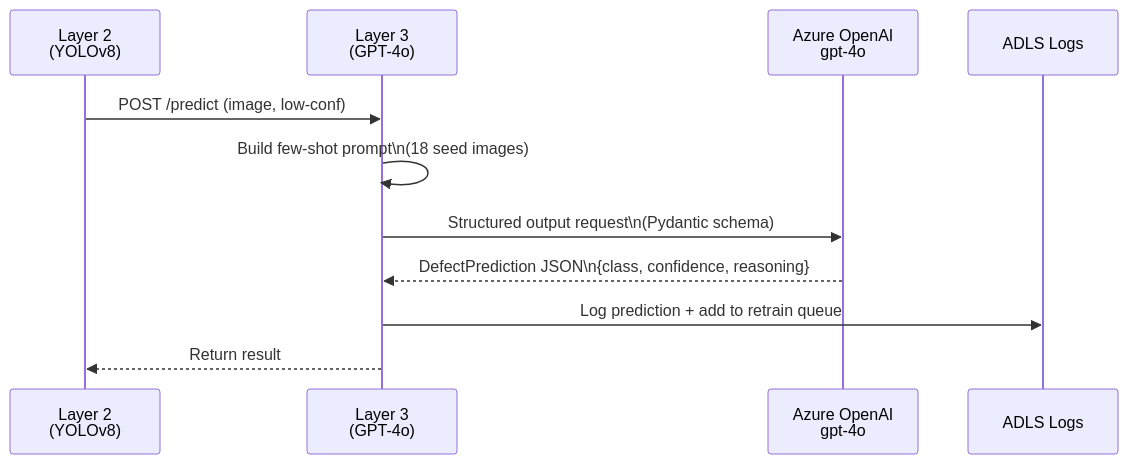
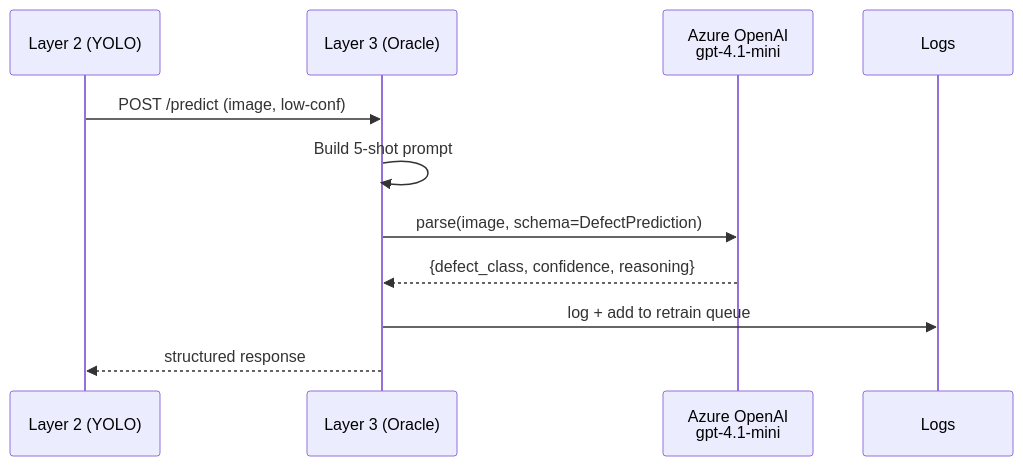
The third of 4 diagrams in website/architecture.qmd (j-jayes/Scratching-the-Surface), drawn with Mermaid before and after one commit. The commit also changed other lines of this file and 73 other files, not shown here.

First line of the commit message:
Phase J + K: PatchCore L1, production YOLO, cost-calibrated cascade, cached Oracle, narrative website

````diff
--- a/website/architecture.qmd
+++ b/website/architecture.qmd
@@ -85,16 +111,16 @@
 ```{mermaid}
 %%| label: fig-layer3
-%%| fig-cap: "Layer 3: GPT-4o few-shot classification"
+%%| fig-cap: "Layer 3: Azure OpenAI vision with structured outputs"
 sequenceDiagram
-    participant L2 as Layer 2<br/>(YOLOv8)
-    participant L3 as Layer 3<br/>(GPT-4o)
-    participant AZ as Azure OpenAI<br/>gpt-4o
-    participant DB as ADLS Logs
+    participant L2 as Layer 2 (YOLO)
+    participant L3 as Layer 3 (Oracle)
+    participant AZ as Azure OpenAI<br/>gpt-4.1-mini
+    participant DB as Logs
 
     L2->>L3: POST /predict (image, low-conf)
-    L3->>L3: Build few-shot prompt\n(18 seed images)
-    L3->>AZ: Structured output request\n(Pydantic schema)
-    AZ-->>L3: DefectPrediction JSON\n{class, confidence, reasoning}
-    L3->>DB: Log prediction + add to retrain queue
-    L3-->>L2: Return result
+    L3->>L3: Build 5-shot prompt
+    L3->>AZ: parse(image, schema=DefectPrediction)
+    AZ-->>L3: {defect_class, confidence, reasoning}
+    L3->>DB: log + add to retrain queue
+    L3-->>L2: structured response
 ```
````
